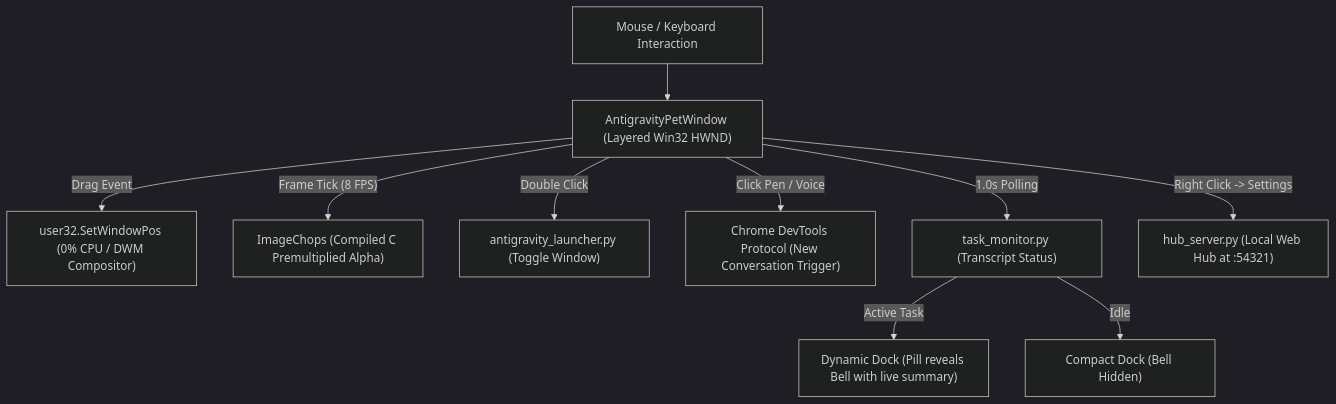
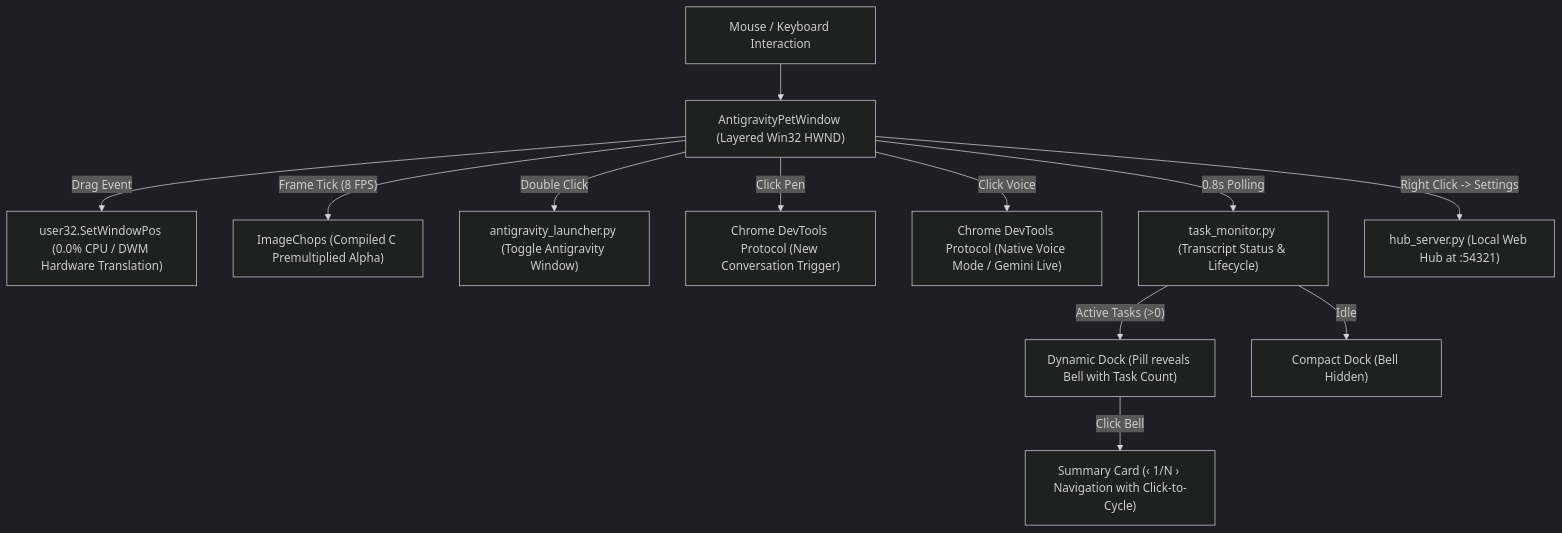
Before and after one commit to TanzilRayhan/antigravity-pet: the diagram in README.md, drawn with Mermaid (dark theme). The commit also changed other lines of this file and 15 other files, not shown here.

First line of the commit message:
feat: Antigravity Desktop Pet v2.1.0 release

````diff
--- a/README.md
+++ b/README.md
@@ -176,12 +171,14 @@
 ```mermaid
 flowchart TD
     User["Mouse / Keyboard Interaction"] --> PetWin["AntigravityPetWindow (Layered Win32 HWND)"]
-    PetWin -->|"Drag Event"| HWMove["user32.SetWindowPos (0% CPU / DWM Compositor)"]
+    PetWin -->|"Drag Event"| HWMove["user32.SetWindowPos (0.0% CPU / DWM Hardware Translation)"]
     PetWin -->|"Frame Tick (8 FPS)"| FastAlpha["ImageChops (Compiled C Premultiplied Alpha)"]
-    PetWin -->|"Double Click"| Launcher["antigravity_launcher.py (Toggle Window)"]
-    PetWin -->|"Click Pen / Voice"| CDP["Chrome DevTools Protocol (New Conversation Trigger)"]
-    PetWin -->|"1.0s Polling"| TaskMon["task_monitor.py (Transcript Status)"]
-    TaskMon -->|"Active Task"| Dock["Dynamic Dock (Pill reveals Bell with live summary)"]
+    PetWin -->|"Double Click"| Launcher["antigravity_launcher.py (Toggle Antigravity Window)"]
+    PetWin -->|"Click Pen"| CDPNew["Chrome DevTools Protocol (New Conversation Trigger)"]
+    PetWin -->|"Click Voice"| CDPVoi["Chrome DevTools Protocol (Native Voice Mode / Gemini Live)"]
+    PetWin -->|"0.8s Polling"| TaskMon["task_monitor.py (Transcript Status & Lifecycle)"]
+    TaskMon -->|"Active Tasks (>0)"| Dock["Dynamic Dock (Pill reveals Bell with Task Count)"]
+    Dock -->|"Click Bell"| TaskCard["Summary Card (‹ 1/N › Navigation with Click-to-Cycle)"]
     TaskMon -->|"Idle"| CompactDock["Compact Dock (Bell Hidden)"]
     PetWin -->|"Right Click -> Settings"| HubServer["hub_server.py (Local Web Hub at :54321)"]
 ```
````
